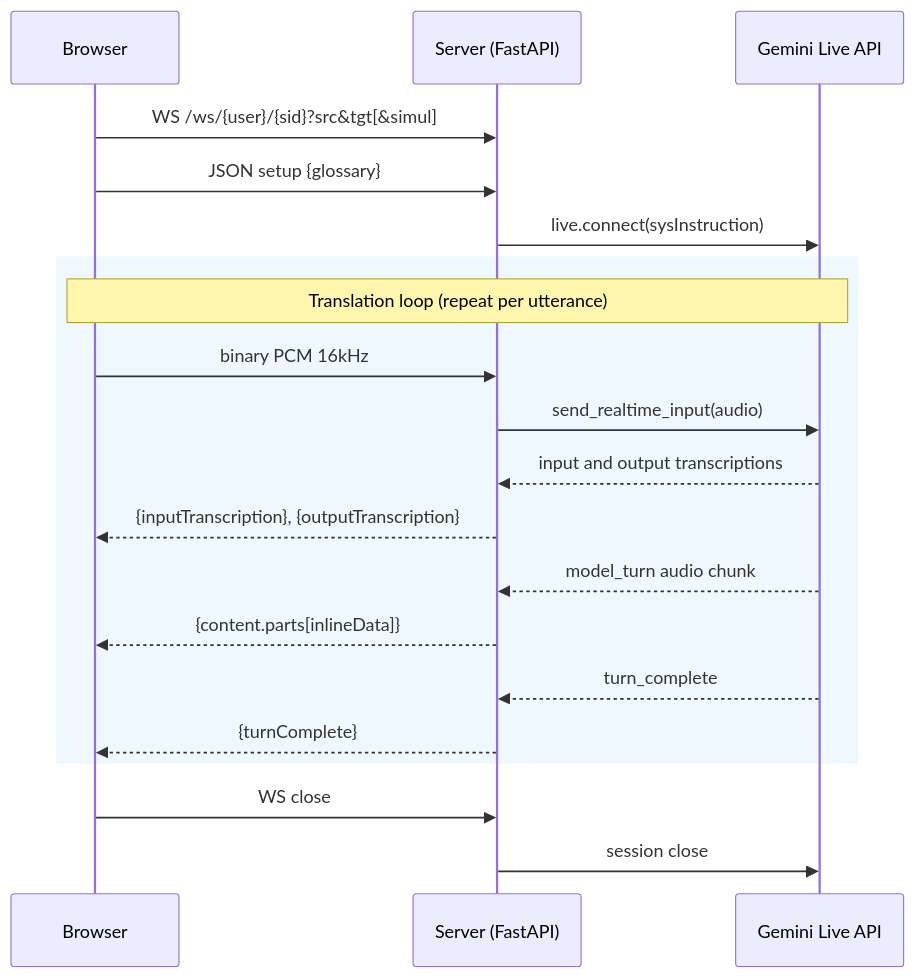
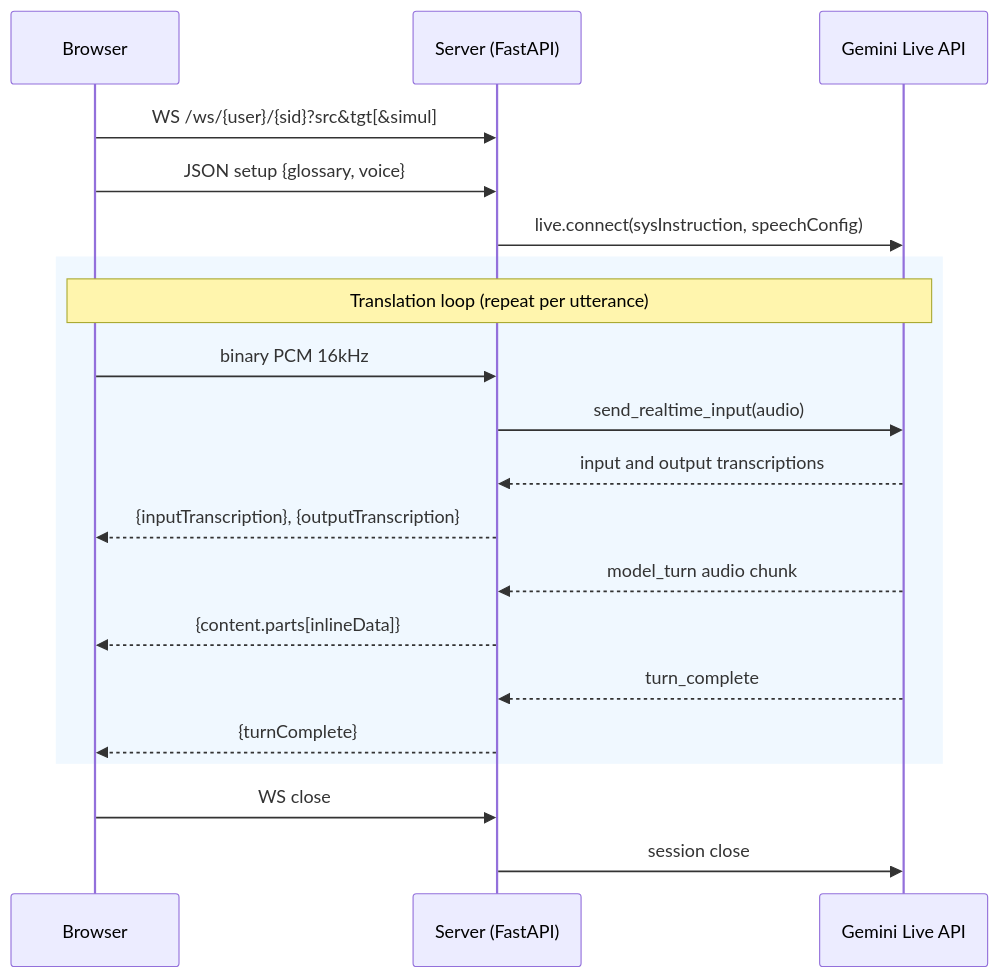
One commit to kazunori279/live-translator changed the first of 2 diagrams in README.md. Above: the diagram before and after it, drawn with Mermaid. The commit also changed other lines of this file and 6 other files, not shown here.

````diff
--- a/README.md
+++ b/README.md
@@ -124,25 +125,25 @@
 ```mermaid
 sequenceDiagram
     participant B as Browser
     participant S as Server (FastAPI)
     participant G as Gemini Live API
 
     B->>S: WS /ws/{user}/{sid}?src&tgt[&simul]
-    B->>S: JSON setup {glossary}
-    S->>G: live.connect(sysInstruction)
+    B->>S: JSON setup {glossary, voice}
+    S->>G: live.connect(sysInstruction, speechConfig)
 
     rect rgb(240, 248, 255)
     note over B,G: Translation loop (repeat per utterance)
     B->>S: binary PCM 16kHz
     S->>G: send_realtime_input(audio)
     G-->>S: input and output transcriptions
     S-->>B: {inputTranscription}, {outputTranscription}
     G-->>S: model_turn audio chunk
     S-->>B: {content.parts[inlineData]}
     G-->>S: turn_complete
     S-->>B: {turnComplete}
     end
 
     B->>S: WS close
     S->>G: session close
 ```
````
